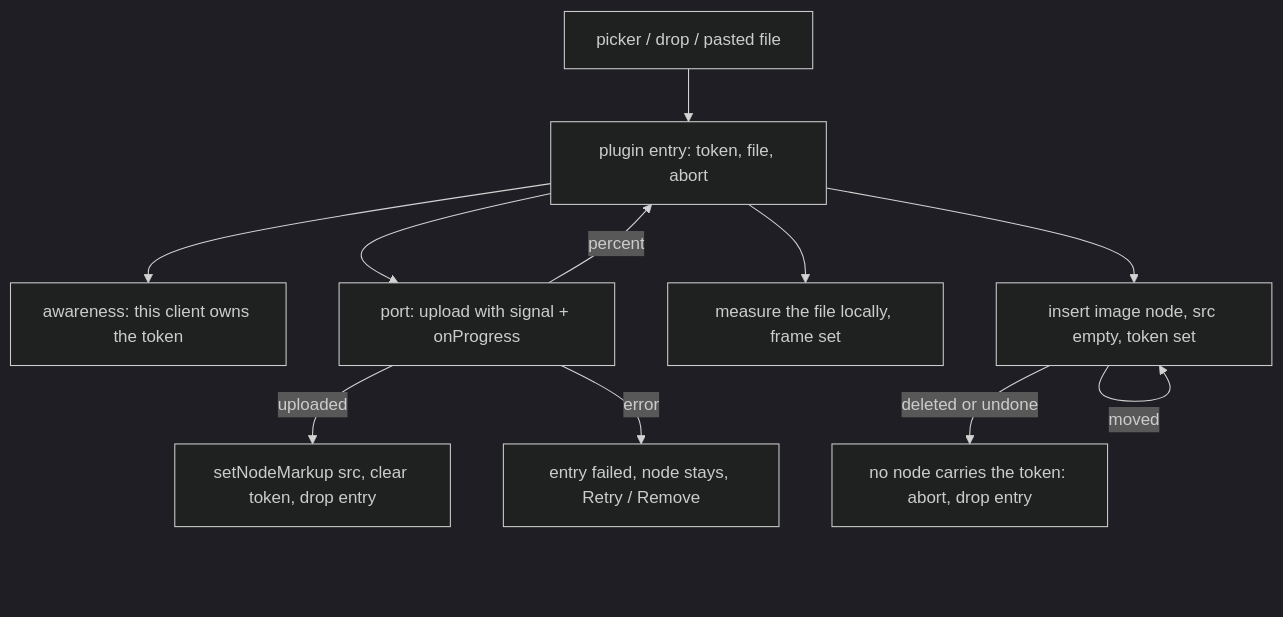
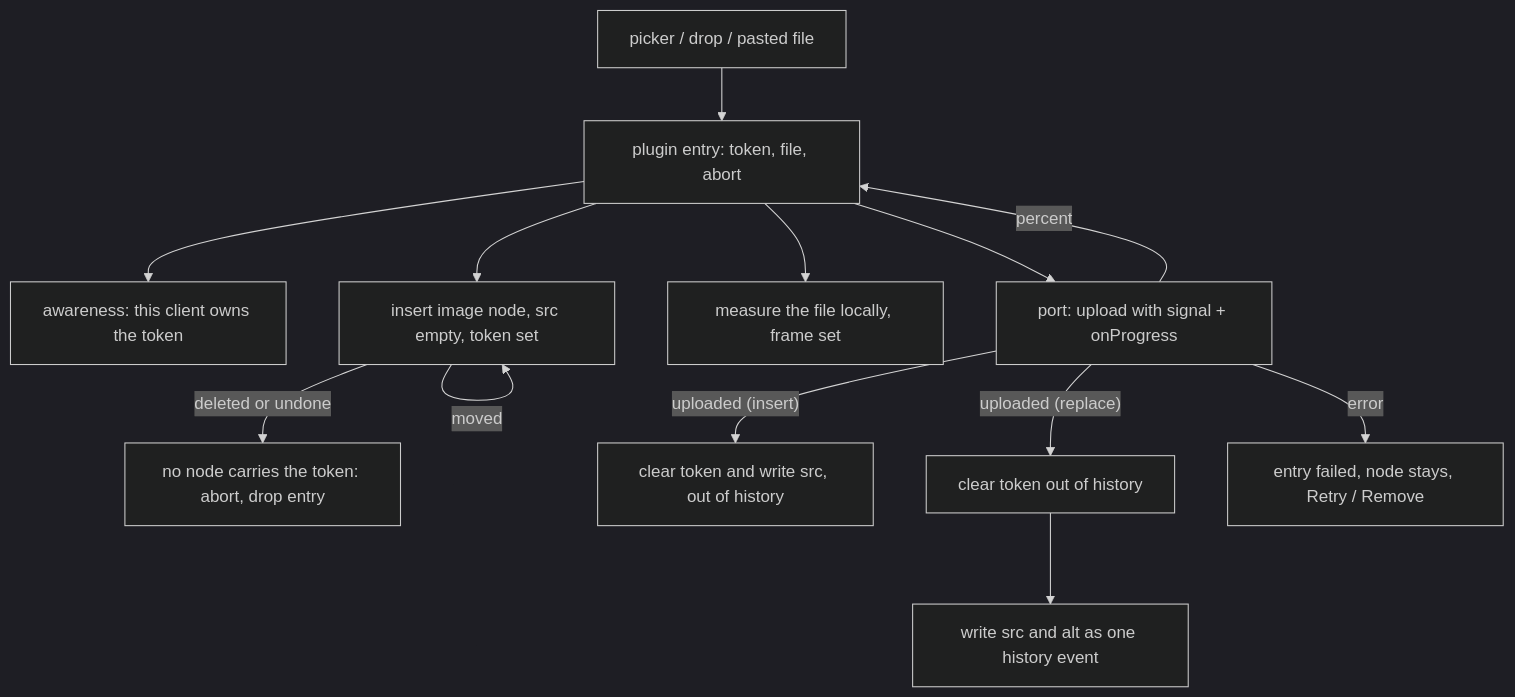
Before and after one commit to haowjy/meridian: the diagram in apps/app/src/core/editor/images/.context/CONTEXT.md, drawn with Mermaid (dark theme). The commit also changed other lines of this file and 5 other files, not shown here.

Commit message:
docs(editor): the held Replace, its two landings, and presence's one owner

````diff
--- a/apps/app/src/core/editor/images/.context/CONTEXT.md
+++ b/apps/app/src/core/editor/images/.context/CONTEXT.md
@@ -5,13 +5,15 @@
 ```mermaid
 flowchart TD
   door["picker / drop / pasted file"] --> entry["plugin entry: token, file, abort"]
   entry --> owner["awareness: this client owns the token"]
   entry --> slot["insert image node, src empty, token set"]
   entry --> measure["measure the file locally, frame set"]
   entry --> upload["port: upload with signal + onProgress"]
   upload -->|percent| entry
-  upload -->|uploaded| land["setNodeMarkup src, clear token, drop entry"]
+  upload -->|"uploaded (insert)"| land["clear token and write src, out of history"]
+  upload -->|"uploaded (replace)"| release["clear token out of history"]
+  release --> commit["write src and alt as one history event"]
   upload -->|error| failed["entry failed, node stays, Retry / Remove"]
   slot -->|deleted or undone| sweep["no node carries the token: abort, drop entry"]
   slot -->|moved| slot
 ```
````
